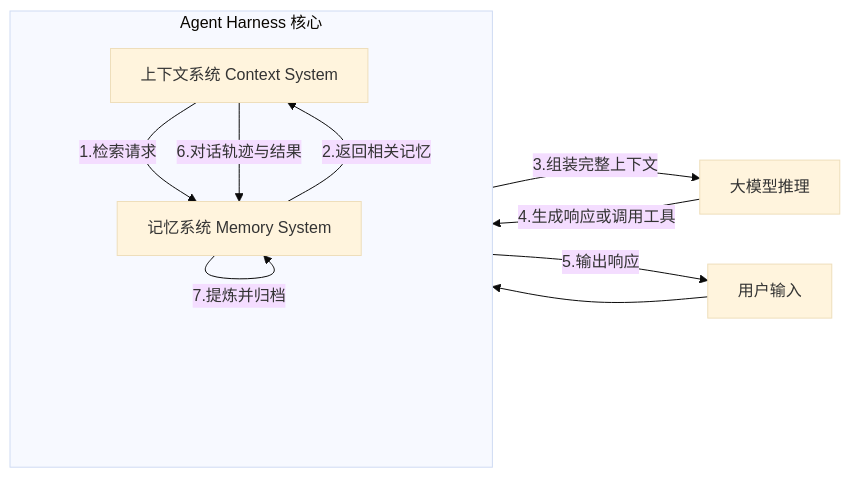
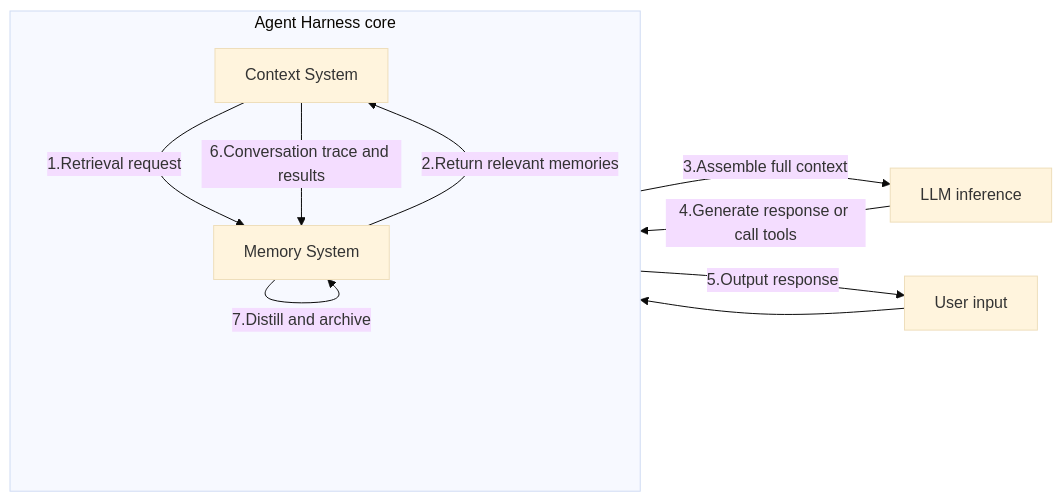
Before and after one commit to holny/Agent-Harness-Develop-Book: diagram 16 of 46 in README.md, drawn with Mermaid (base theme). The commit also changed other lines of this file and 66 other files, not shown here.

Commit message:
Add English edition (default) with Chinese version, redraw 8 interactive diagrams in English, translate mermaid/ASCII diagrams and code comments

````diff
--- a/README.md
+++ b/README.md
@@ -2851,18 +2906,18 @@
 ```mermaid
 flowchart LR
-    subgraph Harness [Agent Harness 核心]
+    subgraph Harness [Agent Harness core]
         direction TB
-        CS[上下文系统 Context System]
-        MS[记忆系统 Memory System]
+        CS[Context System]
+        MS[Memory System]
     end
 
-    User[用户输入] --> CS
-    CS -- 1.检索请求 --> MS
-    MS -- 2.返回相关记忆 --> CS
-    CS -- 3.组装完整上下文 --> LLM[大模型推理]
-    LLM -- 4.生成响应或调用工具 --> CS
-    CS -- 5.输出响应 --> User
+    User[User input] --> CS
+    CS -- 1.Retrieval request --> MS
+    MS -- 2.Return relevant memories --> CS
+    CS -- 3.Assemble full context --> LLM[LLM inference]
+    LLM -- 4.Generate response or call tools --> CS
+    CS -- 5.Output response --> User
     
-    CS -- 6.对话轨迹与结果 --> MS
-    MS -- 7.提炼并归档 --> MS
+    CS -- 6.Conversation trace and results --> MS
+    MS -- 7.Distill and archive --> MS
 ```
````
